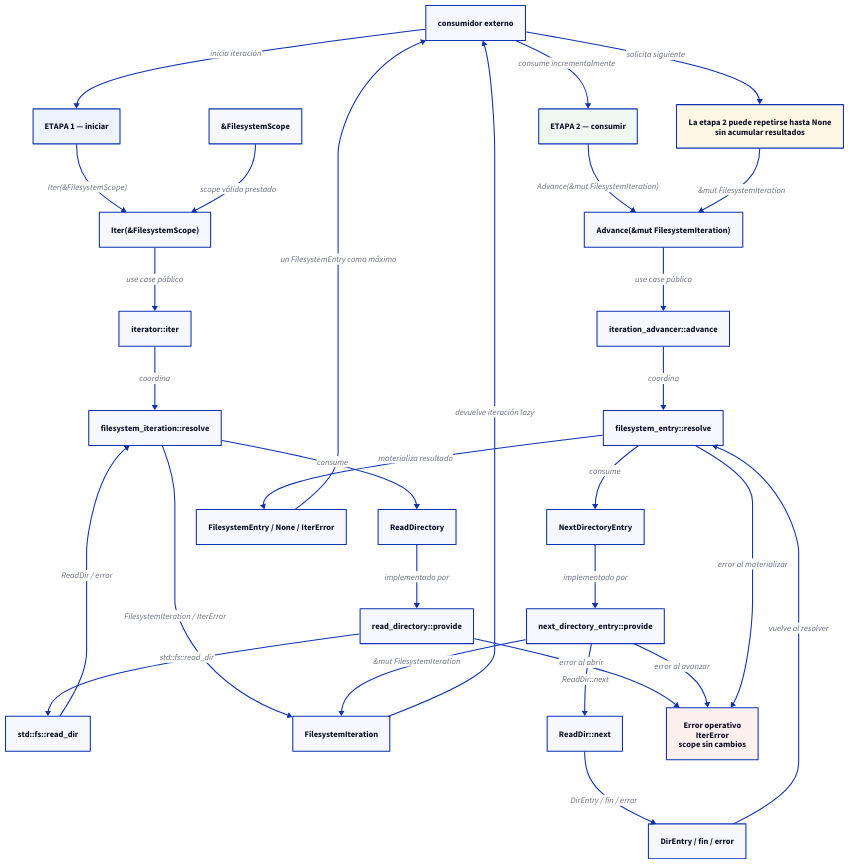
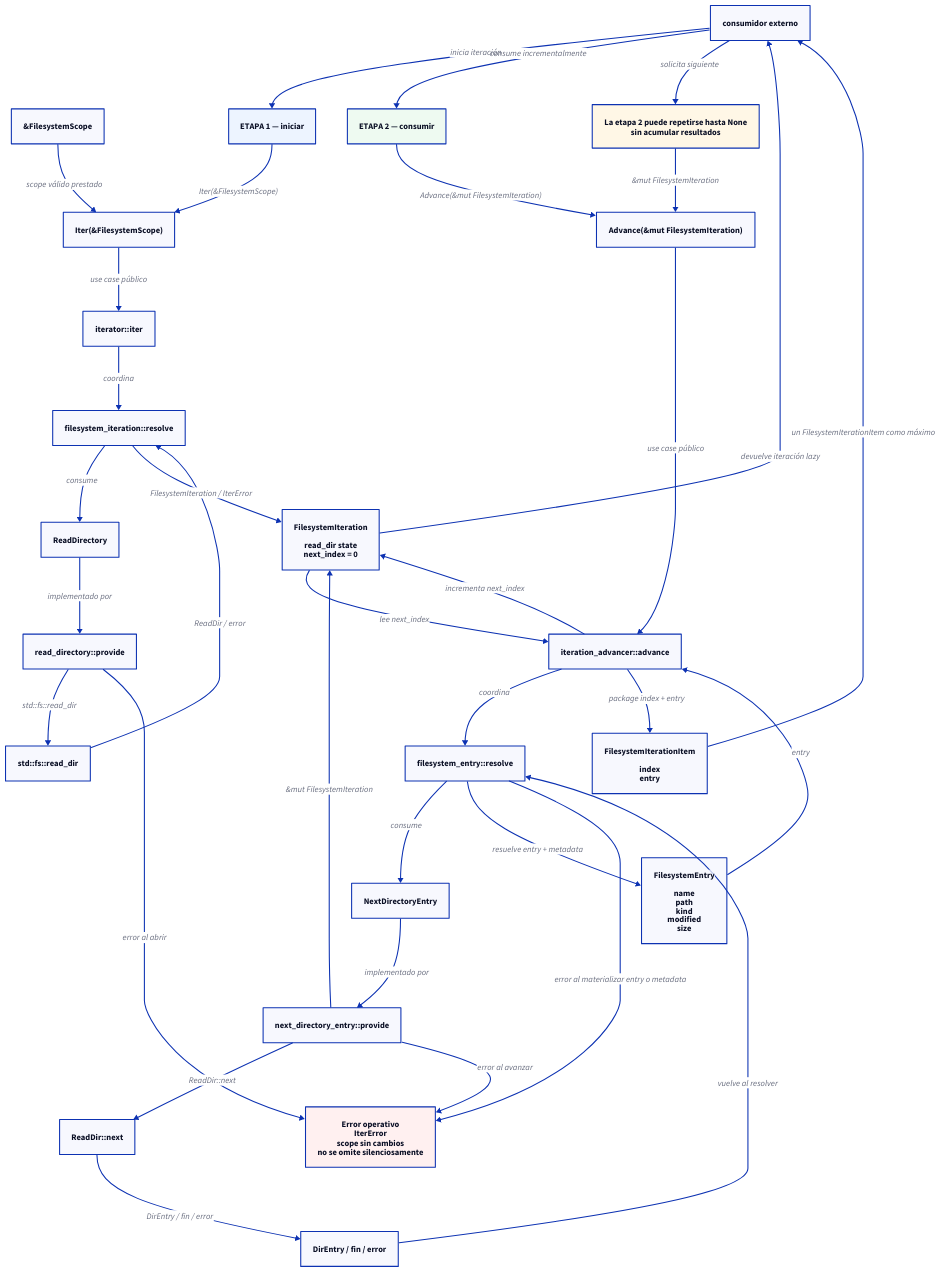
The diagram in evo-shell-engine/technical_documentation/use_cases/UC-002-iterate-filesystem-scope/sequence.d2 (niqel/evolution), drawn with D2 before and after one commit. The commit also changed 9 other files, not shown here.

Commit message:
docs: define structured iteration technical flow

```diff
--- a/evo-shell-engine/technical_documentation/use_cases/UC-002-iterate-filesystem-scope/sequence.d2
+++ b/evo-shell-engine/technical_documentation/use_cases/UC-002-iterate-filesystem-scope/sequence.d2
@@ -1,121 +1,129 @@
 direction: down
 
 consumer: "consumidor externo" {
   shape: rectangle
 }
 
 scope: "&FilesystemScope" {
   shape: rectangle
 }
 
 iter_use_case: "Iter(&FilesystemScope)" {
   shape: rectangle
 }
 
 iterator_agent: "iterator::iter" {
   shape: rectangle
 }
 
 iteration_resolver: "filesystem_iteration::resolve" {
   shape: rectangle
 }
 
 read_directory_contract: "ReadDirectory" {
   shape: rectangle
 }
 
 read_directory_provider: "read_directory::provide" {
   shape: rectangle
 }
 
 std_read_dir: "std::fs::read_dir" {
   shape: rectangle
 }
 
-iteration: "FilesystemIteration" {
+iteration: "FilesystemIteration\n\nread_dir state\nnext_index = 0" {
   shape: rectangle
 }
 
 advance_use_case: "Advance(&mut FilesystemIteration)" {
   shape: rectangle
 }
 
 advancer_agent: "iteration_advancer::advance" {
   shape: rectangle
 }
 
 entry_resolver: "filesystem_entry::resolve" {
   shape: rectangle
 }
 
 next_contract: "NextDirectoryEntry" {
   shape: rectangle
 }
 
 next_provider: "next_directory_entry::provide" {
   shape: rectangle
 }
 
 read_dir_next: "ReadDir::next" {
   shape: rectangle
 }
 
 dir_entry: "DirEntry / fin / error" {
   shape: rectangle
 }
 
-entry: "FilesystemEntry / None / IterError" {
+entry: "FilesystemEntry\n\nname\npath\nkind\nmodified\nsize" {
+  shape: rectangle
+}
+
+item: "FilesystemIterationItem\n\nindex\nentry" {
   shape: rectangle
 }
 
 stage_1: "ETAPA 1 — iniciar" {
   shape: rectangle
   style.fill: "#edf4ff"
 }
 
 stage_2: "ETAPA 2 — consumir" {
   shape: rectangle
   style.fill: "#eefaf1"
 }
 
 consumer -> stage_1: "inicia iteración"
 stage_1 -> iter_use_case: "Iter(&FilesystemScope)"
 scope -> iter_use_case: "scope válido prestado"
 iter_use_case -> iterator_agent: "use case público"
 iterator_agent -> iteration_resolver: "coordina"
 iteration_resolver -> read_directory_contract: "consume"
 read_directory_contract -> read_directory_provider: "implementado por"
 read_directory_provider -> std_read_dir: "std::fs::read_dir"
 std_read_dir -> iteration_resolver: "ReadDir / error"
 iteration_resolver -> iteration: "FilesystemIteration / IterError"
 iteration -> consumer: "devuelve iteración lazy"
 
 consumer -> stage_2: "consume incrementalmente"
 stage_2 -> advance_use_case: "Advance(&mut FilesystemIteration)"
 advance_use_case -> advancer_agent: "use case público"
 advancer_agent -> entry_resolver: "coordina"
 entry_resolver -> next_contract: "consume"
 next_contract -> next_provider: "implementado por"
 next_provider -> iteration: "&mut FilesystemIteration"
 next_provider -> read_dir_next: "ReadDir::next"
 read_dir_next -> dir_entry: "DirEntry / fin / error"
 dir_entry -> entry_resolver: "vuelve al resolver"
-entry_resolver -> entry: "materializa resultado"
-entry -> consumer: "un FilesystemEntry como máximo"
+entry_resolver -> entry: "resuelve entry + metadata"
+iteration -> advancer_agent: "lee next_index"
+entry -> advancer_agent: "entry"
+advancer_agent -> item: "package index + entry"
+advancer_agent -> iteration: "incrementa next_index"
+item -> consumer: "un FilesystemIterationItem como máximo"
 
 repeat: "La etapa 2 puede repetirse hasta None\nsin acumular resultados" {
   shape: rectangle
   style.fill: "#fff7e6"
 }
 
 consumer -> repeat: "solicita siguiente"
 repeat -> advance_use_case: "&mut FilesystemIteration"
 
-error_flow: "Error operativo\nIterError\nscope sin cambios" {
+error_flow: "Error operativo\nIterError\nscope sin cambios\nno se omite silenciosamente" {
   shape: rectangle
   style.fill: "#fff0f0"
 }
 
 read_directory_provider -> error_flow: "error al abrir"
 next_provider -> error_flow: "error al avanzar"
-entry_resolver -> error_flow: "error al materializar"
+entry_resolver -> error_flow: "error al materializar entry o metadata"
```
